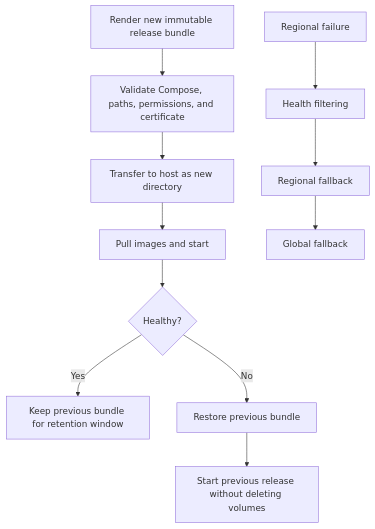
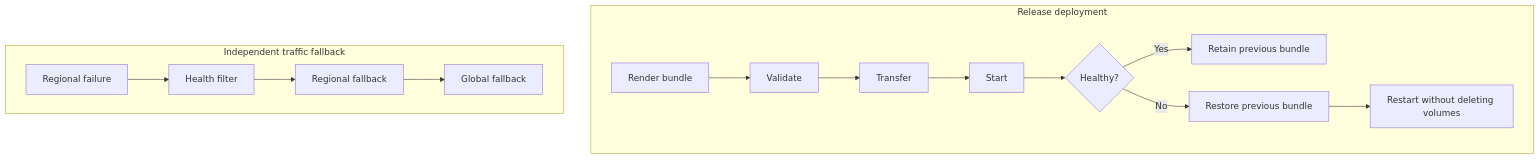
The seventh of 7 diagrams in docs/deployment/production-fleet.md (vaheed/CDNFoundry), drawn with Mermaid before and after one commit. The commit also changed other lines of this file and 24 other files, not shown here.

````diff
--- a/docs/deployment/production-fleet.md
+++ b/docs/deployment/production-fleet.md
@@ -150,13 +177,11 @@
 ```mermaid
 flowchart TD
-    R[Render new immutable release bundle] --> V[Validate Compose, paths, permissions, and certificate]
-    V --> T[Transfer to host as new directory]
-    T --> P[Pull images and start]
-    P --> H{Healthy?}
-    H -->|Yes| K[Keep previous bundle for retention window]
-    H -->|No| B[Restore previous bundle]
-    B --> S[Start previous release without deleting volumes]
-    RF[Regional failure] --> HF[Health filtering]
-    HF --> RR[Regional fallback]
-    RR --> GF[Global fallback]
+    subgraph Deploy["Release deployment"]
+      R["Render bundle"] --> V["Validate"] --> T["Transfer"] --> P["Start"] --> H{"Healthy?"}
+      H -->|Yes| K["Retain previous bundle"]
+      H -->|No| B["Restore previous bundle"] --> S["Restart without deleting volumes"]
+    end
+    subgraph Traffic["Independent traffic fallback"]
+      RF["Regional failure"] --> HF["Health filter"] --> RR["Regional fallback"] --> GF["Global fallback"]
+    end
 ```
````
